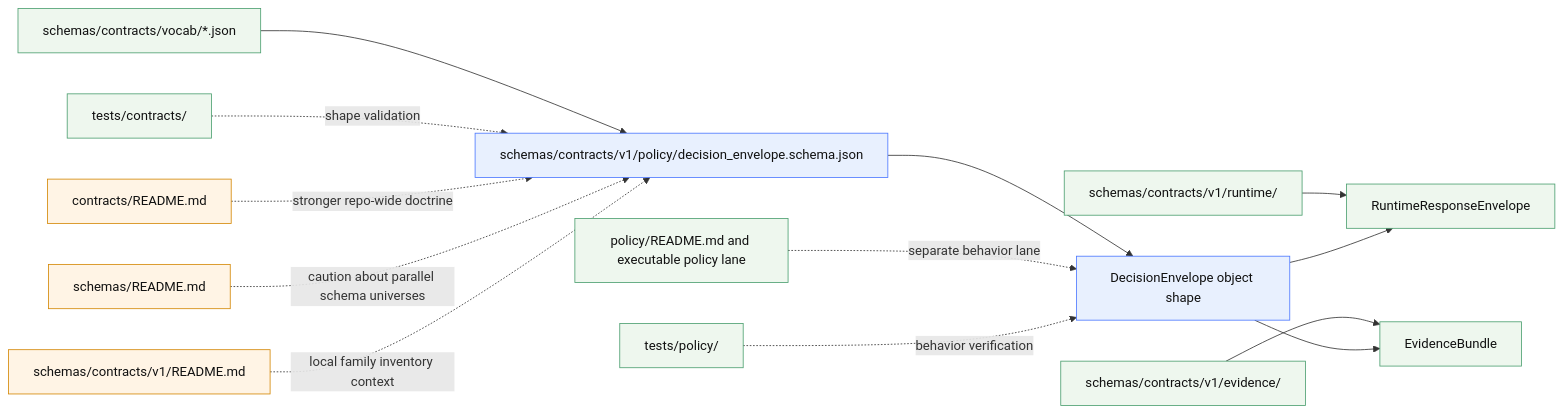
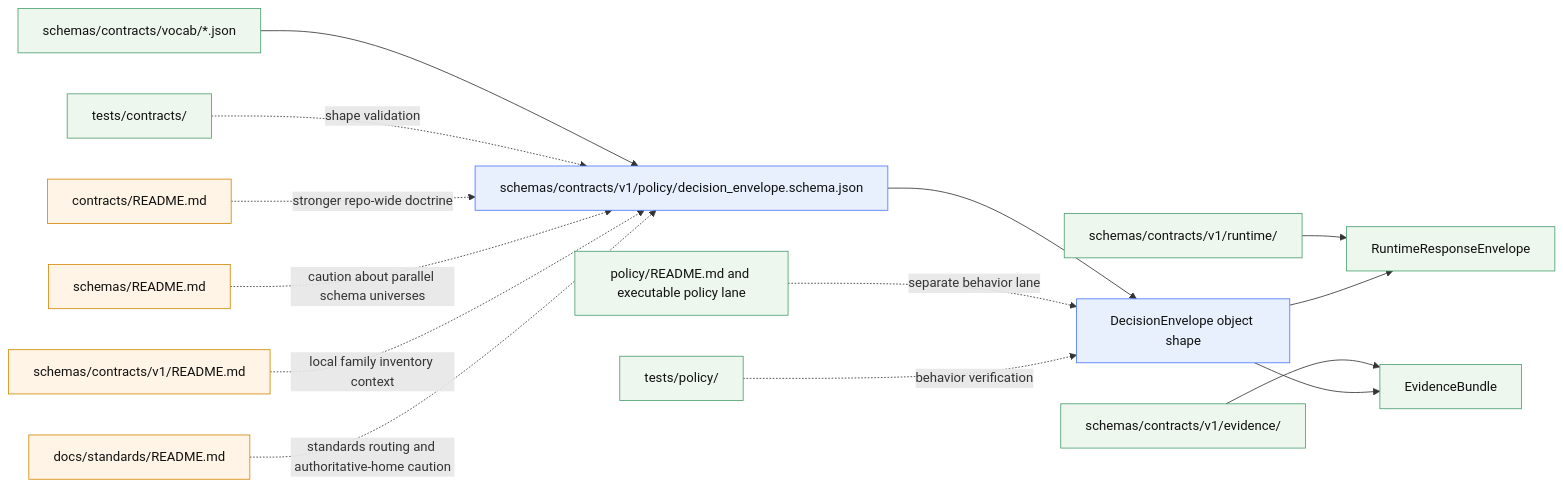
Before and after one commit to bartytime4life/Kansas-Frontier-Matrix: the diagram in schemas/contracts/v1/policy/README.md, drawn with Mermaid. The commit also changed other lines of this file, not shown here.

First line of the commit message:
Update README.md with latest policy schema details

````diff
--- a/schemas/contracts/v1/policy/README.md
+++ b/schemas/contracts/v1/policy/README.md
@@ -356,23 +369,24 @@
 ```mermaid
 flowchart LR
     A[schemas/contracts/v1/policy/decision_envelope.schema.json] --> B[DecisionEnvelope object shape]
     V[schemas/contracts/vocab/*.json] --> A
     P[policy/README.md and executable policy lane] -. separate behavior lane .-> B
     TC[tests/contracts/] -. shape validation .-> A
     TP[tests/policy/] -. behavior verification .-> B
     RT[schemas/contracts/v1/runtime/] --> R[RuntimeResponseEnvelope]
     EV[schemas/contracts/v1/evidence/] --> E[EvidenceBundle]
     B --> R
     B --> E
     H1[contracts/README.md] -. stronger repo-wide doctrine .-> A
     H2[schemas/README.md] -. caution about parallel schema universes .-> A
     H3[schemas/contracts/v1/README.md] -. local family inventory context .-> A
+    H4[docs/standards/README.md] -. standards routing and authoritative-home caution .-> A
 
     classDef local fill:#e8f0fe,stroke:#4c78ff,color:#111;
     classDef adjacent fill:#eef7ee,stroke:#4c9f70,color:#111;
     classDef caution fill:#fff4e5,stroke:#d48806,color:#111;
 
     class A,B local;
     class V,P,TC,TP,RT,EV,R,E adjacent;
-    class H1,H2,H3 caution;
+    class H1,H2,H3,H4 caution;
 ```
````
